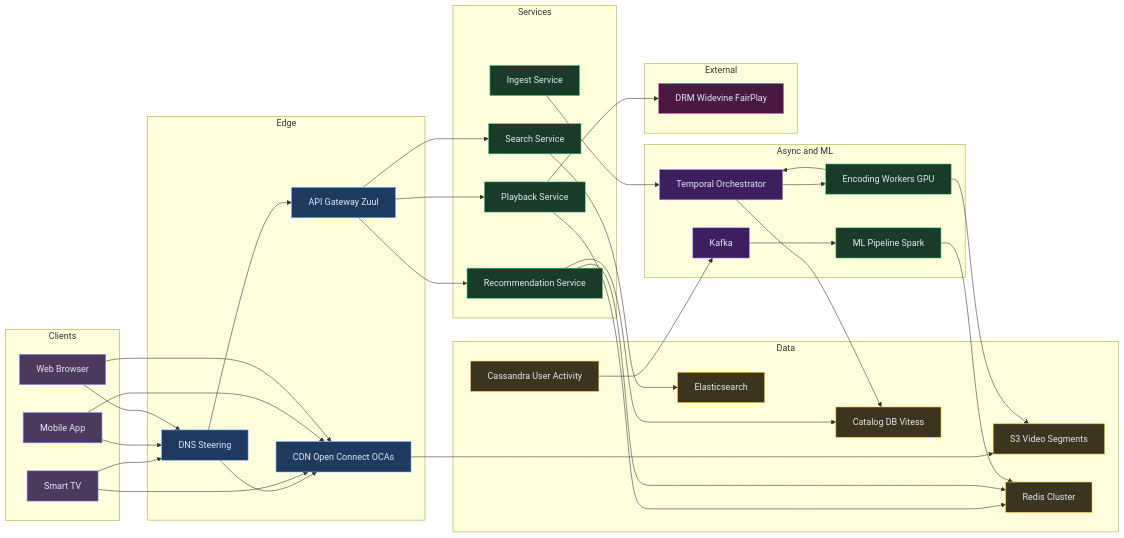
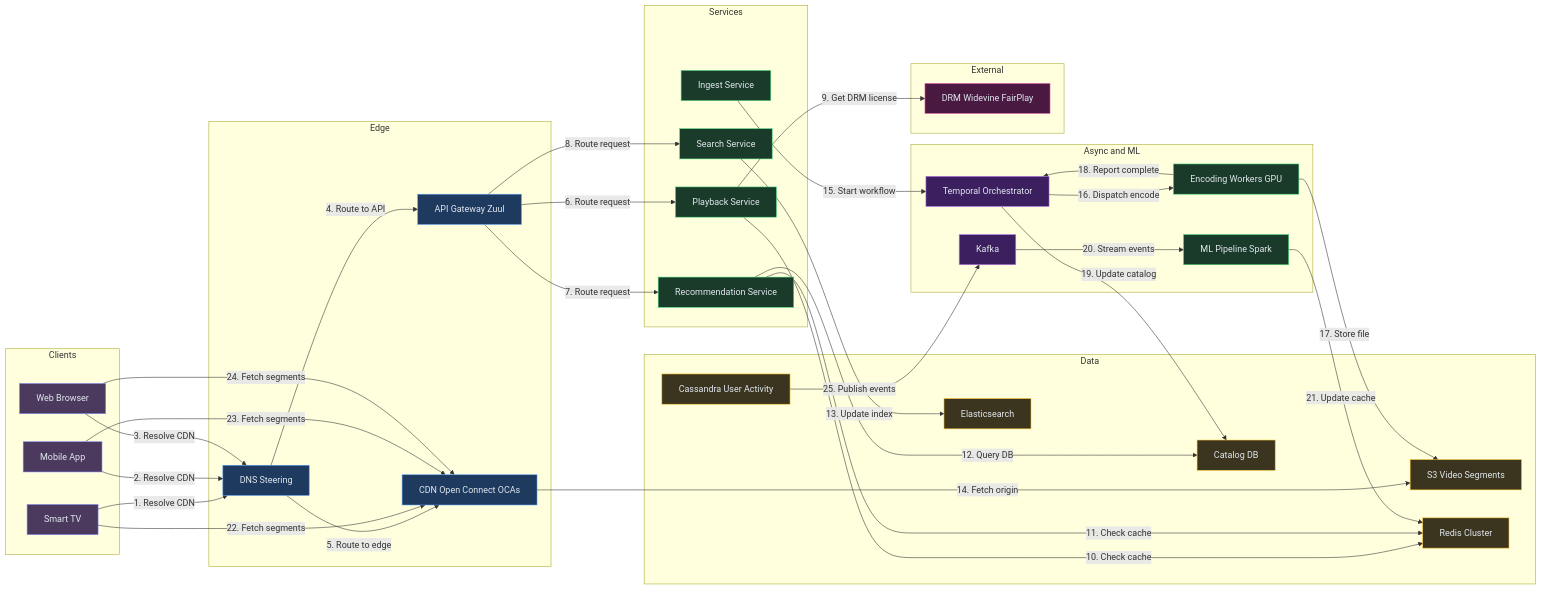
One commit to iluzn/HLD-Designs changed the tenth of 10 diagrams in content/hld/Netflix.md. Above: the diagram before and after it, drawn with Mermaid. The commit also changed other lines of this file and 27 other files, not shown here.

````diff
--- a/content/hld/Netflix.md
+++ b/content/hld/Netflix.md
@@ -631,73 +631,73 @@
 ```mermaid
 flowchart LR
     subgraph Clients
         TV["Smart TV"]:::client
         MOB["Mobile App"]:::client
         WEB["Web Browser"]:::client
     end
 
     subgraph Edge
         DNS["DNS Steering"]:::edge
         GW["API Gateway Zuul"]:::edge
         CDN["CDN Open Connect OCAs"]:::edge
     end
 
     subgraph Services
         PS["Playback Service"]:::service
         RS["Recommendation Service"]:::service
         IS["Ingest Service"]:::service
         SS["Search Service"]:::service
     end
 
     subgraph Async and ML
         KF["Kafka"]:::async
         TMP["Temporal Orchestrator"]:::async
         EW["Encoding Workers GPU"]:::service
         ML["ML Pipeline Spark"]:::service
     end
 
     subgraph Data
         S3["S3 Video Segments"]:::data
-        CAT["Catalog DB Vitess"]:::data
+        CAT["Catalog DB"]:::data
         CASS["Cassandra User Activity"]:::data
         RD["Redis Cluster"]:::data
         ES["Elasticsearch"]:::data
     end
 
     subgraph External
         DRM["DRM Widevine FairPlay"]:::external
     end
 
-    TV --> DNS
-    MOB --> DNS
-    WEB --> DNS
-    DNS --> GW
-    DNS --> CDN
-    GW --> PS
-    GW --> RS
-    GW --> SS
-    PS --> DRM
-    PS --> RD
-    RS --> RD
-    RS --> CAT
-    SS --> ES
-    CDN --> S3
-    IS --> TMP
-    TMP --> EW
-    EW --> S3
-    EW --> TMP
-    TMP --> CAT
-    KF --> ML
-    ML --> RD
-    TV --> CDN
-    MOB --> CDN
-    WEB --> CDN
-    CASS --> KF
+    TV -->|"1. Resolve CDN"| DNS
+    MOB -->|"2. Resolve CDN"| DNS
+    WEB -->|"3. Resolve CDN"| DNS
+    DNS -->|"4. Route to API"| GW
+    DNS -->|"5. Route to edge"| CDN
+    GW -->|"6. Route request"| PS
+    GW -->|"7. Route request"| RS
+    GW -->|"8. Route request"| SS
+    PS -->|"9. Get DRM license"| DRM
+    PS -->|"10. Check cache"| RD
+    RS -->|"11. Check cache"| RD
+    RS -->|"12. Query DB"| CAT
+    SS -->|"13. Update index"| ES
+    CDN -->|"14. Fetch origin"| S3
+    IS -->|"15. Start workflow"| TMP
+    TMP -->|"16. Dispatch encode"| EW
+    EW -->|"17. Store file"| S3
+    EW -->|"18. Report complete"| TMP
+    TMP -->|"19. Update catalog"| CAT
+    KF -->|"20. Stream events"| ML
+    ML -->|"21. Update cache"| RD
+    TV -->|"22. Fetch segments"| CDN
+    MOB -->|"23. Fetch segments"| CDN
+    WEB -->|"24. Fetch segments"| CDN
+    CASS -->|"25. Publish events"| KF
 
     classDef client fill:#4c3a5e,stroke:#818cf8,color:#e2e8f0
     classDef edge fill:#1e3a5f,stroke:#60a5fa,color:#e2e8f0
     classDef service fill:#1a3a2a,stroke:#4ade80,color:#e2e8f0
     classDef async fill:#3b1f5e,stroke:#c084fc,color:#e2e8f0
     classDef data fill:#3b3520,stroke:#fbbf24,color:#e2e8f0
     classDef external fill:#4a1942,stroke:#f472b6,color:#e2e8f0
 ```
````
